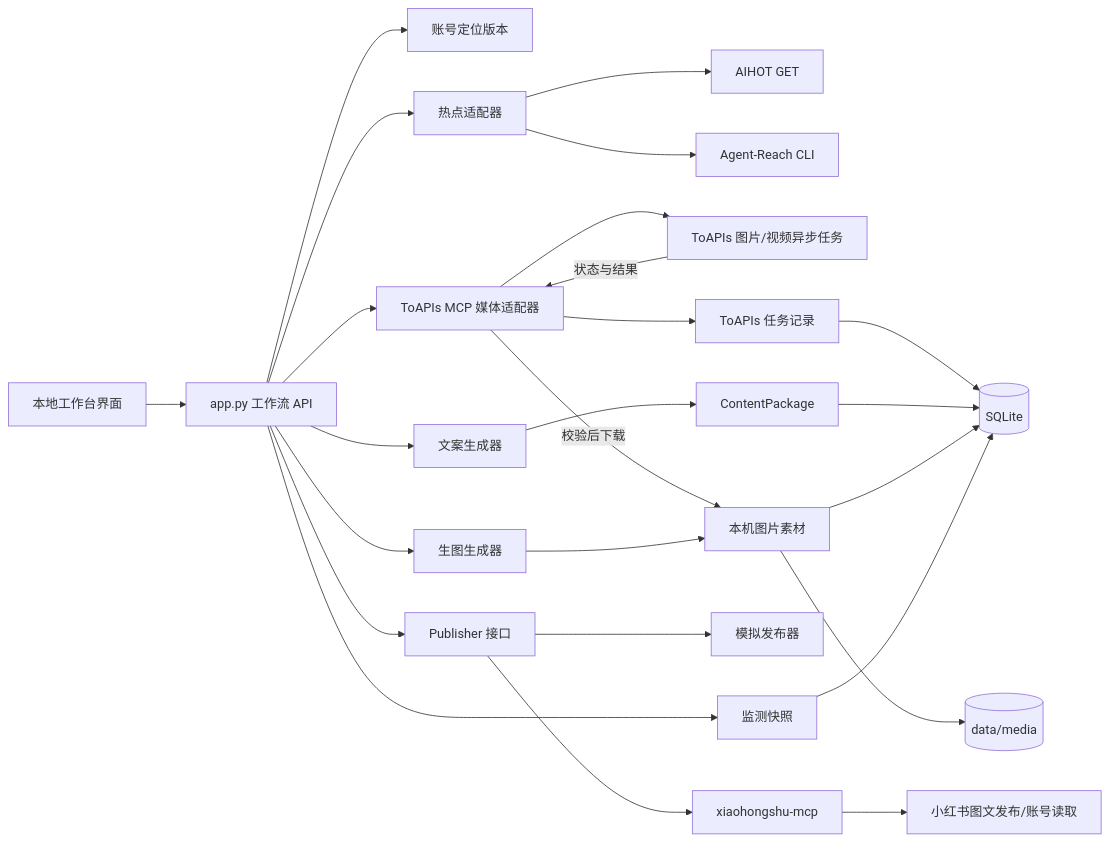
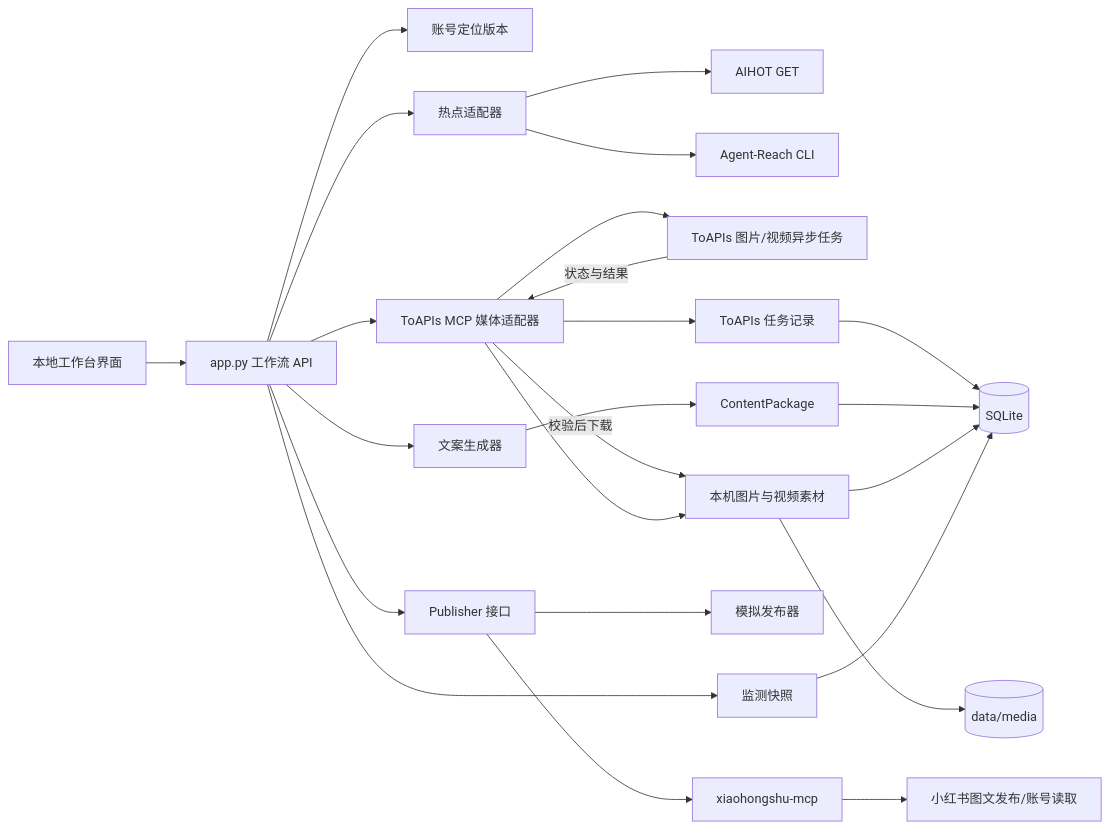
One commit to zhaomuyuan357-creator/self-media-workbench changed the diagram in docs/ARCHITECTURE.md. Above: the diagram before and after it, drawn with Mermaid. The commit also changed other lines of this file and 11 other files, not shown here.

````diff
--- a/docs/ARCHITECTURE.md
+++ b/docs/ARCHITECTURE.md
@@ -16,27 +16,26 @@
 ```mermaid
 flowchart LR
   UI[本地工作台界面] --> API[app.py 工作流 API]
   API --> PROF[账号定位版本]
   API --> TREND[热点适配器]
   TREND --> AIHOT[AIHOT GET]
   TREND --> REACH[Agent-Reach CLI]
   API --> TEXT[文案生成器]
-  API --> IMAGE[生图生成器]
   API --> TOAPIS[ToAPIs MCP 媒体适配器]
   TOAPIS --> REMOTE[ToAPIs 图片/视频异步任务]
   REMOTE -->|状态与结果| TOAPIS
   TOAPIS -->|校验后下载| ASSET
   TOAPIS --> TGEN[ToAPIs 任务记录]
   TGEN --> DB
   TEXT --> CP[ContentPackage]
-  IMAGE --> ASSET[本机图片素材]
+  TOAPIS --> ASSET[本机图片与视频素材]
   CP --> DB[(SQLite)]
   ASSET --> DB
   ASSET --> FS[(data/media)]
   API --> PUB[Publisher 接口]
   PUB --> MOCK[模拟发布器]
   PUB --> MCP[xiaohongshu-mcp]
   MCP --> XHS[小红书图文发布/账号读取]
   API --> MON[监测快照]
   MON --> DB
 ```
````
